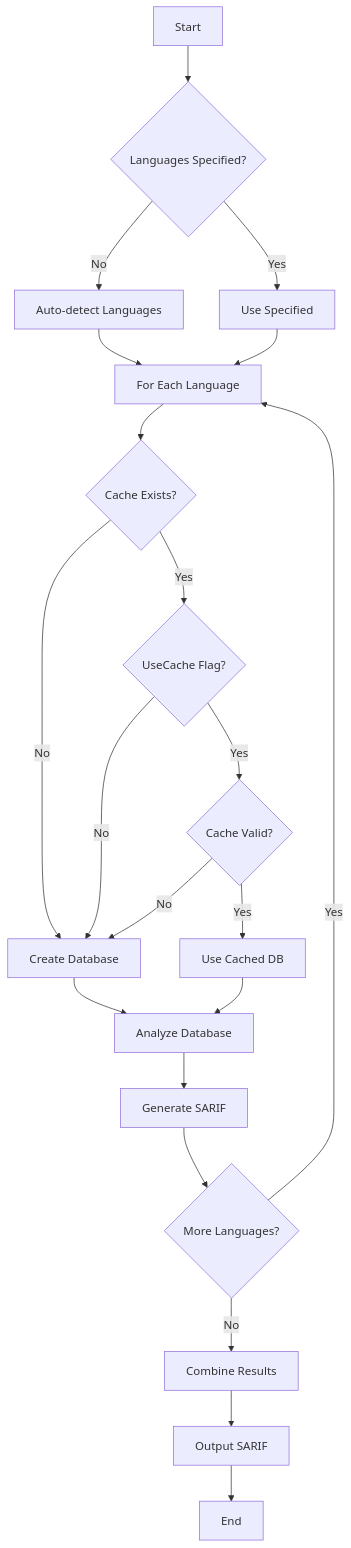
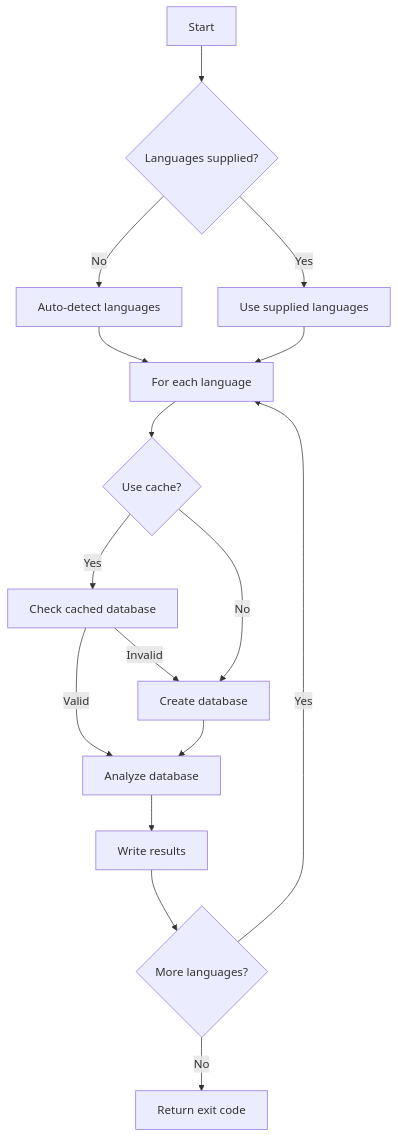
One commit to rjmurillo/ai-agents changed the fourth of 6 diagrams in docs/codeql-architecture.md. Above: the diagram before and after it, drawn with Mermaid. The commit also changed other lines of this file and 2 other files, not shown here.

````diff
--- a/docs/codeql-architecture.md
+++ b/docs/codeql-architecture.md
@@ -269,25 +274,18 @@
 ```mermaid
 flowchart TD
-    A[Start] --> B{Languages Specified?}
-    B -->|No| C[Auto-detect Languages]
-    B -->|Yes| D[Use Specified]
-    C --> E[For Each Language]
-    D --> E
-
-    E --> F{Cache Exists?}
-    F -->|Yes| G{UseCache Flag?}
-    F -->|No| H[Create Database]
-    G -->|Yes| I{Cache Valid?}
-    G -->|No| H
-    I -->|Yes| J[Use Cached DB]
-    I -->|No| H
-
-    H --> K[Analyze Database]
-    J --> K
-    K --> L[Generate SARIF]
-    L --> M{More Languages?}
-    M -->|Yes| E
-    M -->|No| N[Combine Results]
-    N --> O[Output SARIF]
-    O --> P[End]
+    Start[Start] --> Langs{Languages supplied?}
+    Langs -->|No| Detect[Auto-detect languages]
+    Langs -->|Yes| UseLangs[Use supplied languages]
+    Detect --> Each[For each language]
+    UseLangs --> Each
+    Each --> Cache{Use cache?}
+    Cache -->|Yes| CheckCache[Check cached database]
+    Cache -->|No| BuildDB[Create database]
+    CheckCache -->|Valid| Analyze[Analyze database]
+    CheckCache -->|Invalid| BuildDB
+    BuildDB --> Analyze
+    Analyze --> Write[Write results]
+    Write --> More{More languages?}
+    More -->|Yes| Each
+    More -->|No| Done[Return exit code]
 ```
````
